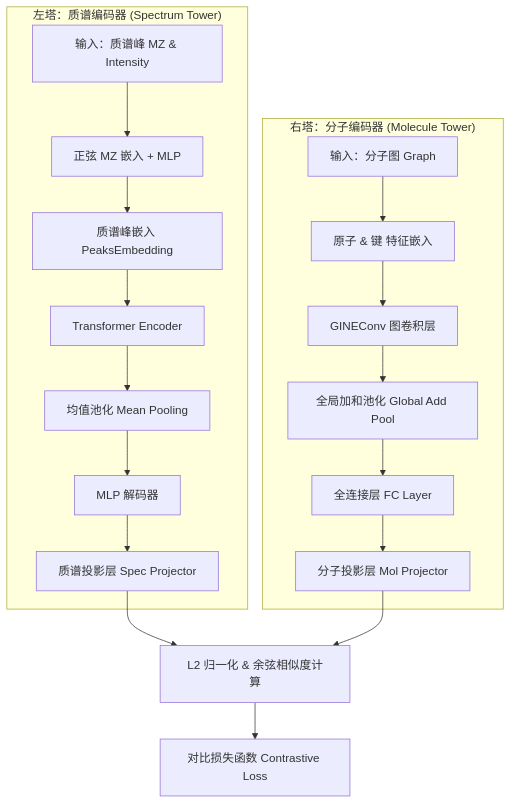
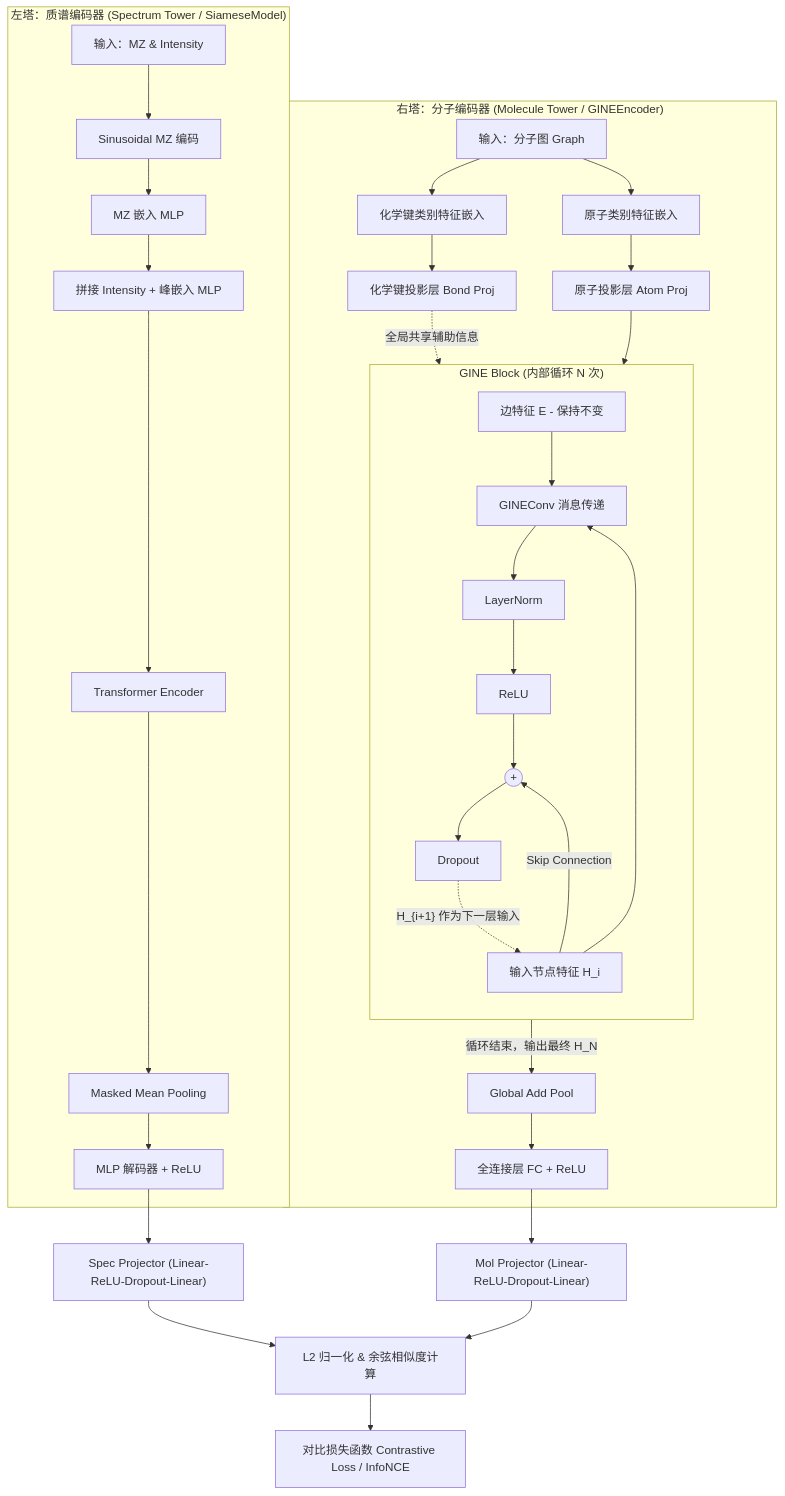
Before and after one commit to zzyyyl/SpecEmbedding: the diagram in model_architecture.md, drawn with Mermaid. The commit also changed other lines of this file, not shown here.

Commit message:
docs: 更新模型结构说明

````diff
--- a/model_architecture.md
+++ b/model_architecture.md
@@ -7,24 +7,44 @@
 ```mermaid
 graph TD
-    subgraph "左塔：质谱编码器 (Spectrum Tower)"
-        S1[输入：质谱峰 MZ & Intensity] --> S2[正弦 MZ 嵌入 + MLP]
-        S2 --> S3[质谱峰嵌入 PeaksEmbedding]
-        S3 --> S4[Transformer Encoder]
-        S4 --> S5[均值池化 Mean Pooling]
-        S5 --> S6[MLP 解码器]
-        S6 --> S7[质谱投影层 Spec Projector]
+    subgraph "左塔：质谱编码器 (Spectrum Tower / SiameseModel)"
+        S1[输入：MZ & Intensity] --> S2[Sinusoidal MZ 编码]
+        S2 --> S3[MZ 嵌入 MLP]
+        S3 --> S4[拼接 Intensity + 峰嵌入 MLP]
+        S4 --> S5[Transformer Encoder]
+        S5 --> S6[Masked Mean Pooling]
+        S6 --> S7[MLP 解码器 + ReLU]
     end
 
-    subgraph "右塔：分子编码器 (Molecule Tower)"
-        M1[输入：分子图 Graph] --> M2[原子 & 键 特征嵌入]
-        M2 --> M3[GINEConv 图卷积层]
-        M3 --> M4[全局加和池化 Global Add Pool]
-        M4 --> M5[全连接层 FC Layer]
-        M5 --> M6[分子投影层 Mol Projector]
+    subgraph "右塔：分子编码器 (Molecule Tower / GINEEncoder)"
+        M1[输入：分子图 Graph] --> M2a[原子类别特征嵌入]
+        M1 --> M2b[化学键类别特征嵌入]
+        M2a --> M3a[原子投影层 Atom Proj]
+        M2b --> M3b[化学键投影层 Bond Proj]
+        
+        M3b -.-> |全局共享辅助信息| G_Edge
+
+        subgraph "GINE Block (内部循环 N 次)"
+            direction TB
+            G_In[输入节点特征 H_i] --> G1[GINEConv 消息传递]
+            G_Edge[边特征 E - 保持不变] --> G1
+            G_In --> |Skip Connection| G4((+))
+            G1 --> G2[LayerNorm]
+            G2 --> G3[ReLU]
+            G3 --> G4
+            G4 --> G5[Dropout]
+            G5 -.-> |"H_{i+1} 作为下一层输入"| G_In
+        end
+        
+        M3a --> G_In
+        G5 --> |循环结束，输出最终 H_N| M6[Global Add Pool]
+        M6 --> M7[全连接层 FC + ReLU]
     end
 
-    S7 --> D[L2 归一化 & 余弦相似度计算]
-    M6 --> D
+    S7 --> P1["Spec Projector (Linear-ReLU-Dropout-Linear)"]
+    M7 --> P2["Mol Projector (Linear-ReLU-Dropout-Linear)"]
+
+    P1 --> D[L2 归一化 & 余弦相似度计算]
+    P2 --> D
     
-    D --> L[对比损失函数 Contrastive Loss]
+    D --> L[对比损失函数 Contrastive Loss / InfoNCE]
 ```
````
